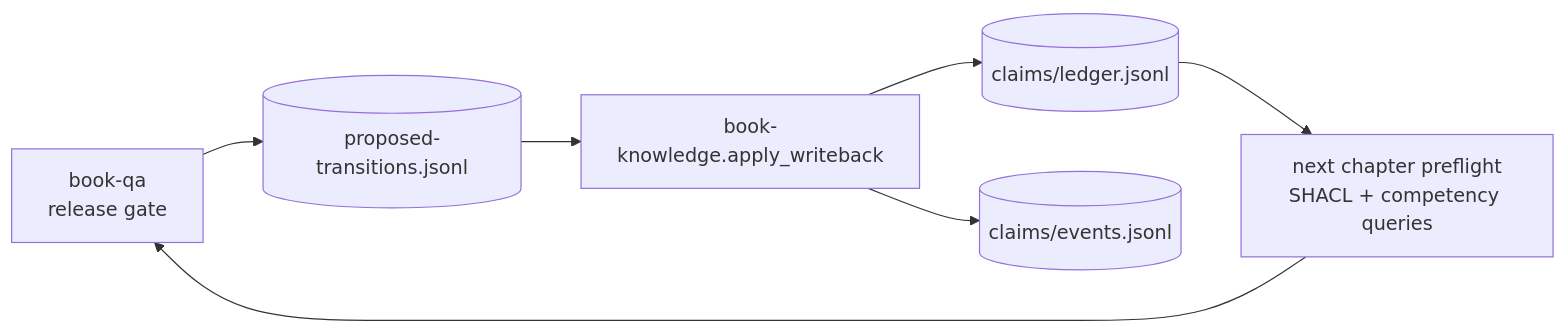
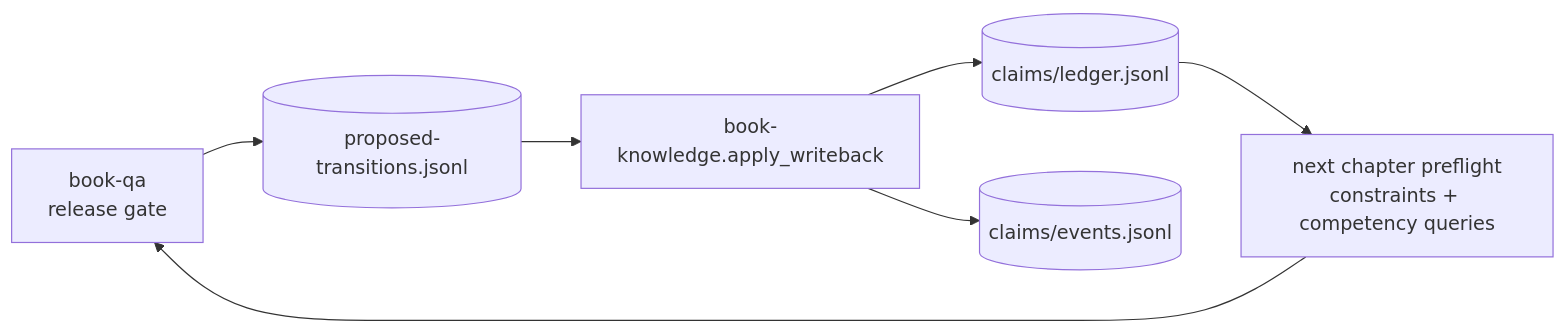
One commit to CharlesHoskinson/russellian-book-suite changed the seventh of 9 diagrams in README.md. Above: the diagram before and after it, drawn with Mermaid. The commit also changed other lines of this file and 25 other files, not shown here.

````diff
--- a/README.md
+++ b/README.md
@@ -848,9 +848,9 @@
 ```mermaid
 graph LR
     qa[book-qa<br/>release gate] --> proposed[(proposed-transitions.jsonl)]
     proposed --> apply[book-knowledge.apply_writeback]
     apply --> ledger[(claims/ledger.jsonl)]
     apply --> events[(claims/events.jsonl)]
-    ledger --> preflight[next chapter preflight<br/>SHACL + competency queries]
+    ledger --> preflight[next chapter preflight<br/>constraints + competency queries]
     preflight --> qa
 ```
````
